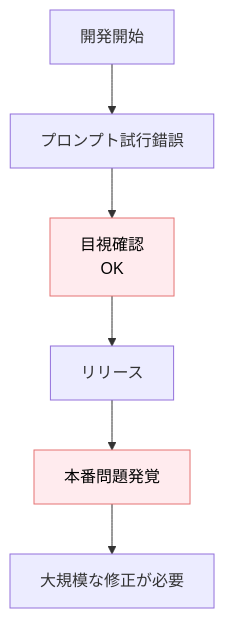
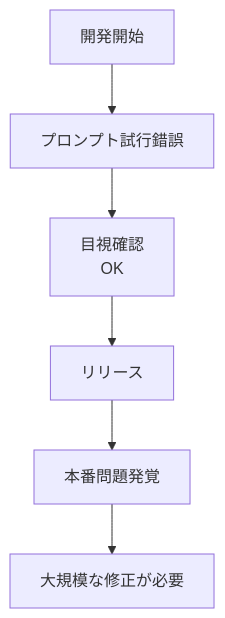
The first of 2 diagrams in docs/case-studies/評価セットを後回しにしてリリース後に立て直した事例.md (dinekt/dinekt-wiki), drawn with Mermaid before and after one commit. The commit also changed other lines of this file and 70 other files, not shown here.

First line of the commit message:
fix(mermaid): strip all inline styling, rely on theme

````diff
--- a/docs/case-studies/評価セットを後回しにしてリリース後に立て直した事例.md
+++ b/docs/case-studies/評価セットを後回しにしてリリース後に立て直した事例.md
@@ -33,11 +33,9 @@
 ```mermaid
 flowchart TD
     S[開発開始] --> T[プロンプト試行錯誤]
     T --> V[目視確認<br/>OK]
     V --> R[リリース]
     R --> P[本番問題発覚]
     P --> RE[大規模な修正が必要]
 
-    style V fill:#ffebee,stroke:#e57373,color:#000
-    style P fill:#ffebee,stroke:#e57373,color:#000
 ```
````
